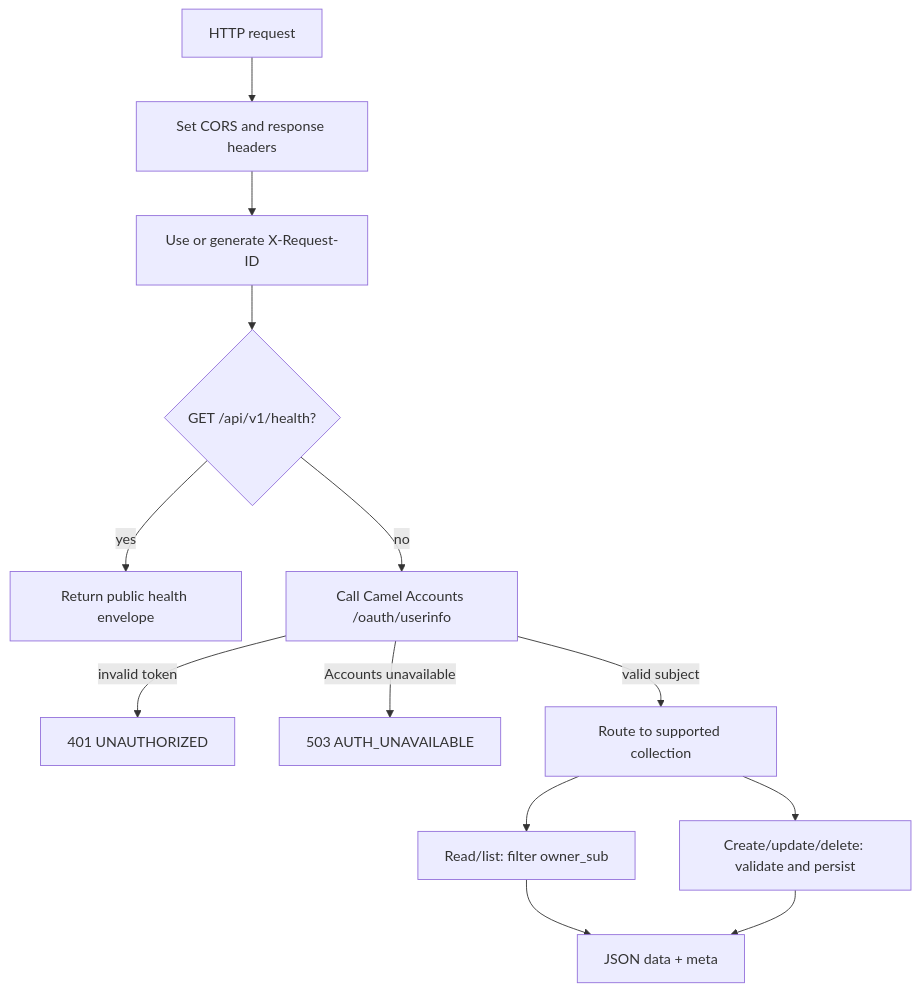
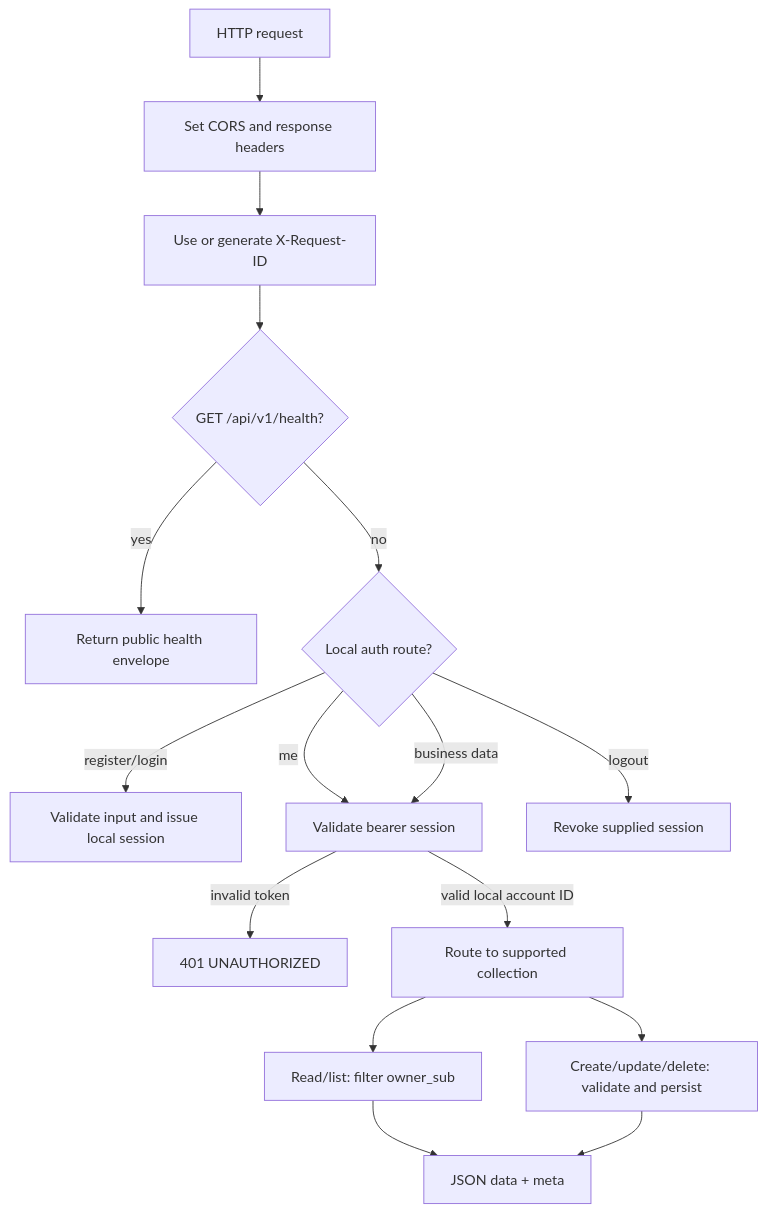
The third of 3 diagrams in docs-site/app/architecture/page.mdx (troubleman96/simamia-opensource), drawn with Mermaid before and after one commit. The commit also changed other lines of this file and 53 other files, not shown here.

Commit message:
feat: replace Camel auth with local accounts

````diff
--- a/docs-site/app/architecture/page.mdx
+++ b/docs-site/app/architecture/page.mdx
@@ -63,15 +60,18 @@
 ```mermaid
 flowchart TD
   Req[HTTP request] --> CORS[Set CORS and response headers]
   CORS --> RID[Use or generate X-Request-ID]
   RID --> Health{GET /api/v1/health?}
   Health -->|yes| Public[Return public health envelope]
-  Health -->|no| Auth[Call Camel Accounts /oauth/userinfo]
+  Health -->|no| AccountRoute{Local auth route?}
+  AccountRoute -->|register/login| CreateSession[Validate input and issue local session]
+  AccountRoute -->|me| Auth[Validate bearer session]
+  AccountRoute -->|logout| Revoke[Revoke supplied session]
+  AccountRoute -->|business data| Auth
   Auth -->|invalid token| E401[401 UNAUTHORIZED]
-  Auth -->|Accounts unavailable| E503[503 AUTH_UNAVAILABLE]
-  Auth -->|valid subject| Route[Route to supported collection]
+  Auth -->|valid local account ID| Route[Route to supported collection]
   Route --> Read[Read/list: filter owner_sub]
   Route --> Write[Create/update/delete: validate and persist]
   Read --> Envelope[JSON data + meta]
   Write --> Envelope
 ```
````
